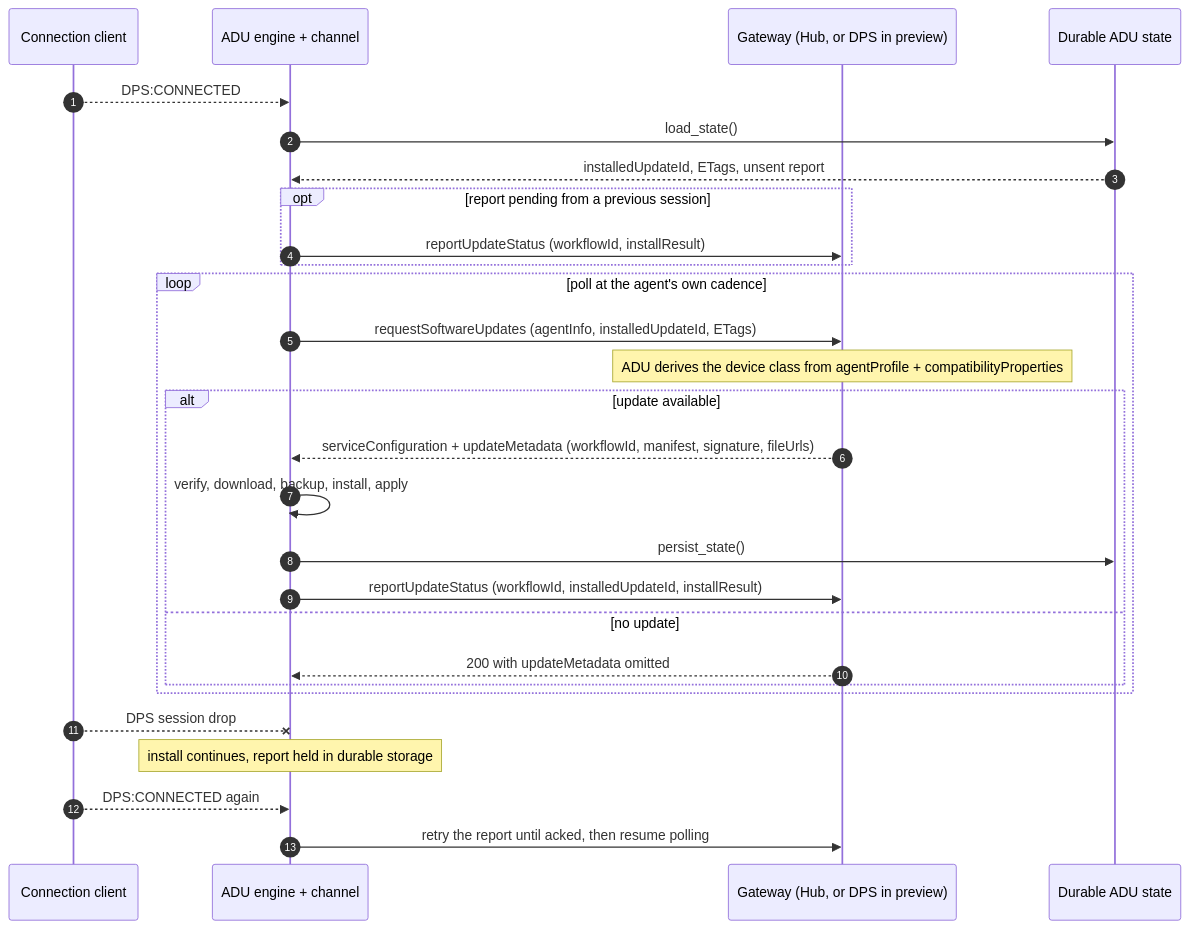
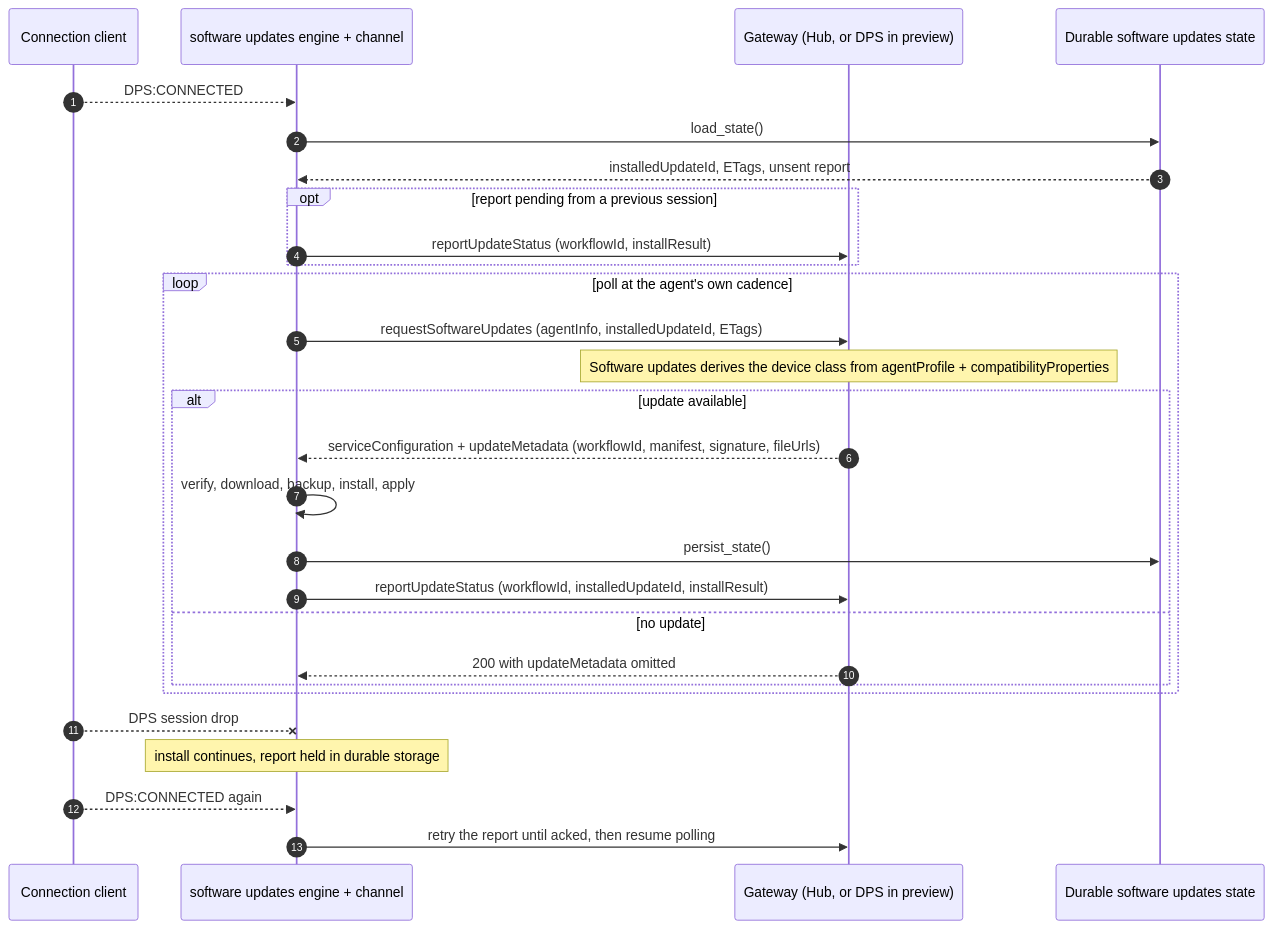
The eighth of 9 diagrams in c/docs/eng/connection-c.md (Azure/azure-iot-sdk), drawn with Mermaid before and after one commit. The commit also changed other lines of this file and 144 other files, not shown here.

First line of the commit message:
C: rename ADU to software updates (su)

````diff
--- a/c/docs/eng/connection-c.md
+++ b/c/docs/eng/connection-c.md
@@ -641,33 +641,33 @@
 ```mermaid
 sequenceDiagram
     autonumber
     participant Conn as Connection client
-    participant ADU as ADU engine + channel
+    participant SU as software updates engine + channel
     participant GW as Gateway (Hub, or DPS in preview)
-    participant Store as Durable ADU state
+    participant Store as Durable software updates state
 
-    Conn-->>ADU: DPS:CONNECTED
-    ADU->>Store: load_state()
-    Store-->>ADU: installedUpdateId, ETags, unsent report
+    Conn-->>SU: DPS:CONNECTED
+    SU->>Store: load_state()
+    Store-->>SU: installedUpdateId, ETags, unsent report
     opt report pending from a previous session
-        ADU->>GW: reportUpdateStatus (workflowId, installResult)
+        SU->>GW: reportUpdateStatus (workflowId, installResult)
     end
 
     loop poll at the agent's own cadence
-        ADU->>GW: requestSoftwareUpdates (agentInfo, installedUpdateId, ETags)
-        Note over GW: ADU derives the device class from agentProfile + compatibilityProperties
+        SU->>GW: requestSoftwareUpdates (agentInfo, installedUpdateId, ETags)
+        Note over GW: Software updates derives the device class from agentProfile + compatibilityProperties
         alt update available
-            GW-->>ADU: serviceConfiguration + updateMetadata (workflowId, manifest, signature, fileUrls)
-            ADU->>ADU: verify, download, backup, install, apply
-            ADU->>Store: persist_state()
-            ADU->>GW: reportUpdateStatus (workflowId, installedUpdateId, installResult)
+            GW-->>SU: serviceConfiguration + updateMetadata (workflowId, manifest, signature, fileUrls)
+            SU->>SU: verify, download, backup, install, apply
+            SU->>Store: persist_state()
+            SU->>GW: reportUpdateStatus (workflowId, installedUpdateId, installResult)
         else no update
-            GW-->>ADU: 200 with updateMetadata omitted
+            GW-->>SU: 200 with updateMetadata omitted
         end
     end
 
-    Conn--xADU: DPS session drop
-    Note over ADU: install continues, report held in durable storage
-    Conn-->>ADU: DPS:CONNECTED again
-    ADU->>GW: retry the report until acked, then resume polling
+    Conn--xSU: DPS session drop
+    Note over SU: install continues, report held in durable storage
+    Conn-->>SU: DPS:CONNECTED again
+    SU->>GW: retry the report until acked, then resume polling
 ```
````
